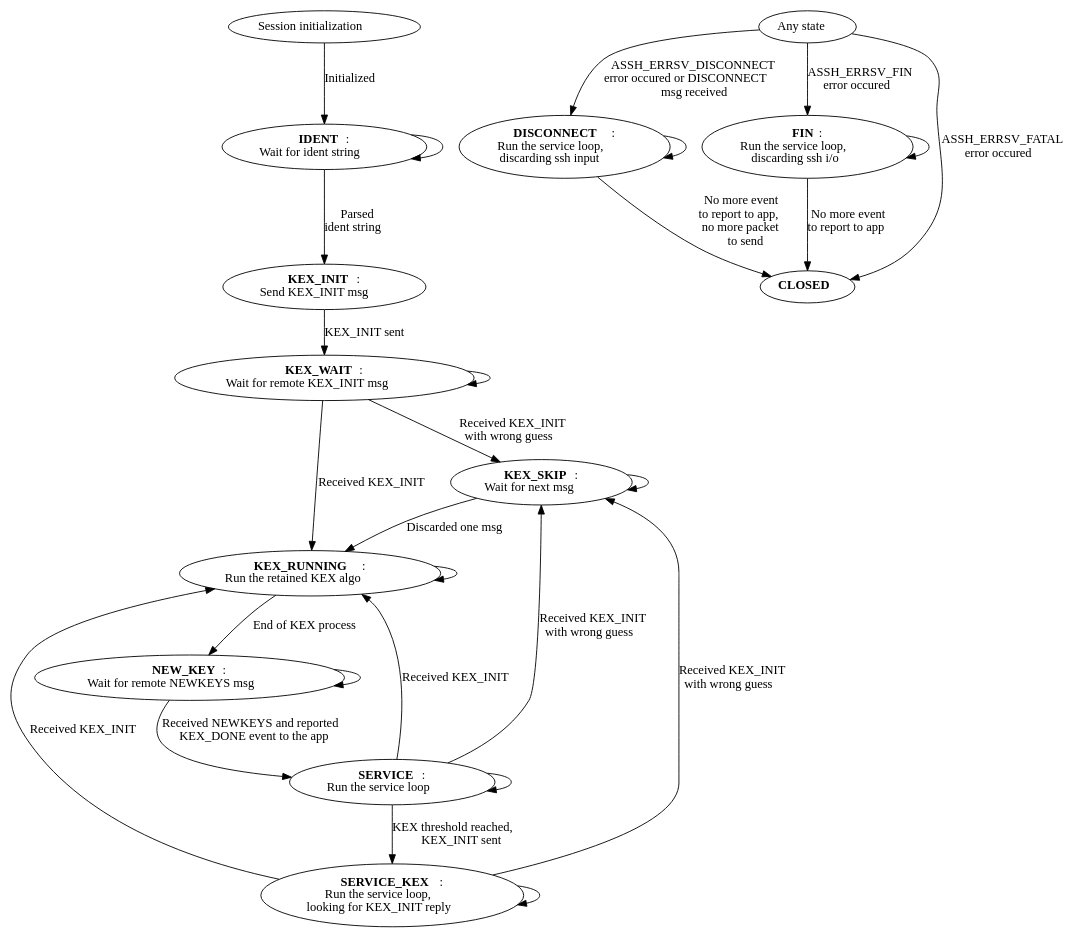
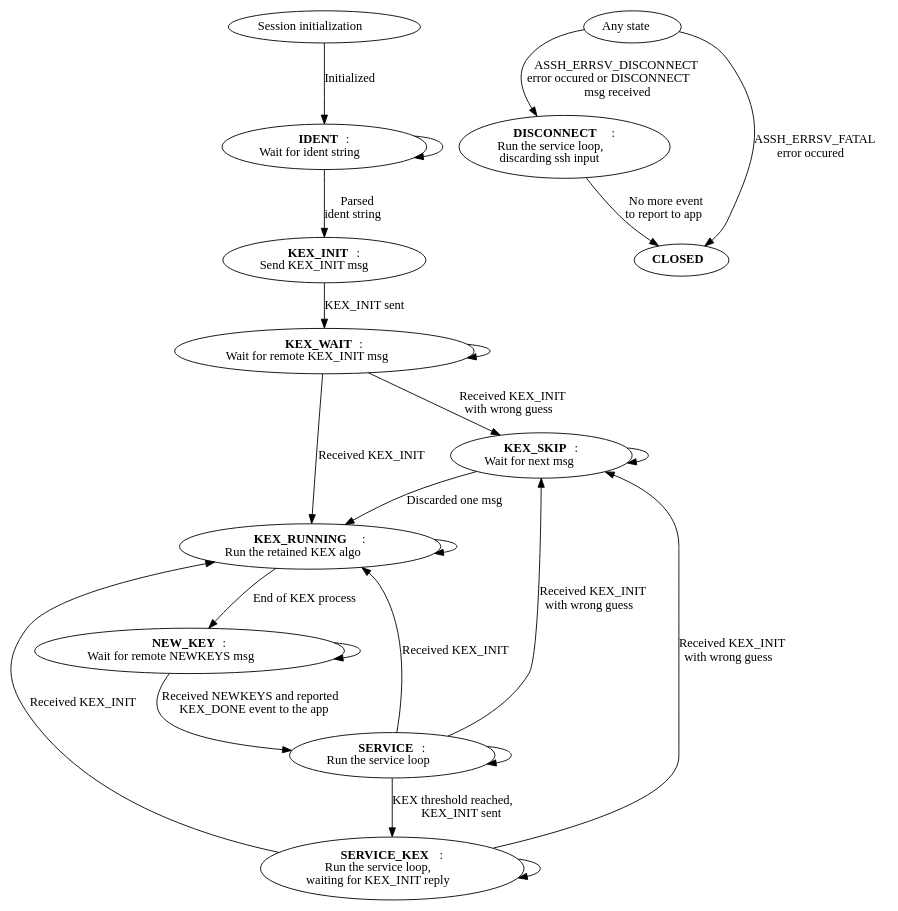
Before and after one commit to diaxen/libassh-mirror: the diagram in doc/transport.dot, drawn with Graphviz. The commit also changed 18 other files, not shown here.

Commit message:
improved handling of session close, replaced the ASSH_TR_FIN main FSM state by the ASSH_TR_IN_CLOSED and ASSH_TR_OUT_CLOSED states in IO FSMs.

```diff
--- a/doc/transport.dot
+++ b/doc/transport.dot
@@ -1,66 +1,59 @@
 digraph {
   ASSH_init [label=<Session initialization>];
 
   ASSH_init -> ASSH_TR_IDENT [label=<Initialized>];
 
   ASSH_TR_IDENT [label=<<b>IDENT</b>:<br/>Wait for ident string>];
 
   ASSH_TR_IDENT -> ASSH_TR_IDENT [label=<>];
   ASSH_TR_IDENT -> ASSH_TR_KEX_INIT [label=<Parsed<br/>ident string>];
 
   ASSH_TR_KEX_INIT [label=<<b>KEX_INIT</b>:<br/>Send KEX_INIT msg>];
 
   ASSH_TR_KEX_INIT -> ASSH_TR_KEX_WAIT [label=<KEX_INIT sent>];
 
   ASSH_TR_KEX_WAIT [label=<<b>KEX_WAIT</b>:<br/>Wait for remote KEX_INIT msg>]
 
   ASSH_TR_KEX_WAIT -> ASSH_TR_KEX_WAIT [label=<>];
   ASSH_TR_KEX_WAIT -> ASSH_TR_KEX_SKIP [label=<Received KEX_INIT<br/>with wrong guess>];
   ASSH_TR_KEX_WAIT -> ASSH_TR_KEX_RUNNING [label=<Received KEX_INIT>];
 
   ASSH_TR_KEX_SKIP [label=<<b>KEX_SKIP</b>:<br/>Wait for next msg>]
 
   ASSH_TR_KEX_SKIP -> ASSH_TR_KEX_SKIP [label=<>];
   ASSH_TR_KEX_SKIP -> ASSH_TR_KEX_RUNNING [label=<Discarded one msg>];
 
   ASSH_TR_KEX_RUNNING [label=<<b>KEX_RUNNING</b>:<br/>Run the retained KEX algo>]
 
   ASSH_TR_KEX_RUNNING -> ASSH_TR_KEX_RUNNING [label=<>];
   ASSH_TR_KEX_RUNNING -> ASSH_TR_NEWKEY [label=<End of KEX process>];
 
   ASSH_TR_NEWKEY [label=<<b>NEW_KEY</b>:<br/>Wait for remote NEWKEYS msg>]
 
   ASSH_TR_NEWKEY -> ASSH_TR_NEWKEY [label=<>];
   ASSH_TR_NEWKEY -> ASSH_TR_SERVICE [label=<Received NEWKEYS and reported<br/>KEX_DONE event to the app>];
 
   ASSH_TR_SERVICE [label=<<b>SERVICE</b>:<br/>Run the service loop>]
 
   ASSH_TR_SERVICE -> ASSH_TR_SERVICE [label=<>];
   ASSH_TR_SERVICE -> ASSH_TR_SERVICE_KEX [label=<KEX threshold reached,<br/>KEX_INIT sent>];
   ASSH_TR_SERVICE -> ASSH_TR_KEX_SKIP [label=<Received KEX_INIT<br/>with wrong guess>];
   ASSH_TR_SERVICE -> ASSH_TR_KEX_RUNNING [label=<Received KEX_INIT>];
 
-  ASSH_TR_SERVICE_KEX [label=<<b>SERVICE_KEX</b>:<br/>Run the service loop,<br/>looking for KEX_INIT reply>]
+  ASSH_TR_SERVICE_KEX [label=<<b>SERVICE_KEX</b>:<br/>Run the service loop,<br/>waiting for KEX_INIT reply>]
 
   ASSH_TR_SERVICE_KEX -> ASSH_TR_SERVICE_KEX [label=<>];
   ASSH_TR_SERVICE_KEX -> ASSH_TR_KEX_SKIP [label=<Received KEX_INIT<br/>with wrong guess>];
   ASSH_TR_SERVICE_KEX -> ASSH_TR_KEX_RUNNING [label=<Received KEX_INIT>];
 
   ASSH_any_state [label=<Any state>];
 
   ASSH_any_state -> ASSH_TR_DISCONNECT [label=<ASSH_ERRSV_DISCONNECT<br/>error occured or DISCONNECT<br/>msg received>];
-  ASSH_any_state -> ASSH_TR_FIN [label=<ASSH_ERRSV_FIN<br/>error occured>];
   ASSH_any_state -> ASSH_TR_CLOSED [label=<ASSH_ERRSV_FATAL<br/>error occured>];
 
   ASSH_TR_DISCONNECT [label=<<b>DISCONNECT</b>:<br/>Run the service loop,<br/>discarding ssh input>]
 
-  ASSH_TR_DISCONNECT -> ASSH_TR_DISCONNECT [label=<>];
-  ASSH_TR_DISCONNECT -> ASSH_TR_CLOSED [label=<No more event<br/>to report to app,<br/>no more packet<br/>to send>];
-
-  ASSH_TR_FIN [label=<<b>FIN</b>:<br/>Run the service loop,<br/>discarding ssh i/o>]
-
-  ASSH_TR_FIN -> ASSH_TR_FIN [label=<>];
-  ASSH_TR_FIN -> ASSH_TR_CLOSED [label=<No more event<br/>to report to app>];
+  ASSH_TR_DISCONNECT -> ASSH_TR_CLOSED [label=<No more event<br/>to report to app>];
 
   ASSH_TR_CLOSED [label=<<b>CLOSED</b>>]
 }
```
